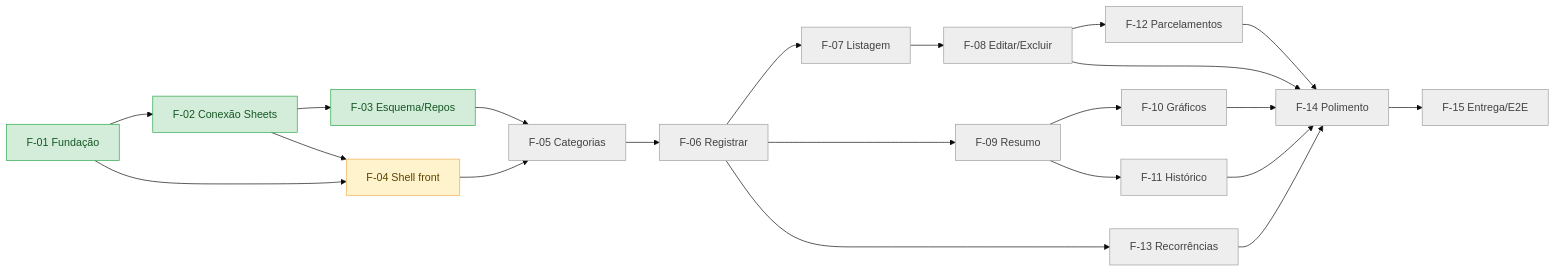
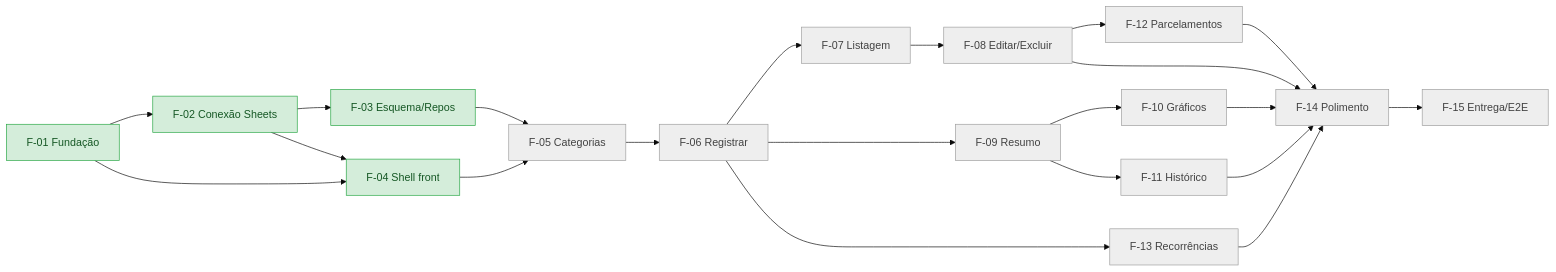
The diagram in SPECS/05-acompanhamento.md (Pedrohcs/PlanilhaFinanceira), drawn with Mermaid (base theme) before and after one commit. The commit also changed other lines of this file and 8 other files, not shown here.

````diff
--- a/SPECS/05-acompanhamento.md
+++ b/SPECS/05-acompanhamento.md
@@ -64,24 +64,23 @@
 ```mermaid
 flowchart LR
     F01[F-01 Fundação] --> F02[F-02 Conexão Sheets] --> F03[F-03 Esquema/Repos]
     F01 --> F04[F-04 Shell front]
     F02 --> F04
     F03 --> F05[F-05 Categorias]
     F04 --> F05
     F05 --> F06[F-06 Registrar]
     F06 --> F07[F-07 Listagem] --> F08[F-08 Editar/Excluir]
     F06 --> F09[F-09 Resumo]
     F09 --> F10[F-10 Gráficos]
     F09 --> F11[F-11 Histórico]
     F08 --> F12[F-12 Parcelamentos]
     F06 --> F13[F-13 Recorrências]
     F08 & F10 & F11 & F12 & F13 --> F14[F-14 Polimento]
     F14 --> F15[F-15 Entrega/E2E]
 
     classDef naoIniciada fill:#eeeeee,stroke:#9e9e9e,color:#424242;
     classDef iniciada fill:#fff3cd,stroke:#f0ad4e,color:#5c4400;
     classDef concluida fill:#d4edda,stroke:#28a745,color:#155724;
     class F05,F06,F07,F08,F09,F10,F11,F12,F13,F14,F15 naoIniciada;
-    class F04 iniciada;
-    class F01,F02,F03 concluida;
+    class F01,F02,F03,F04 concluida;
 ```
````
